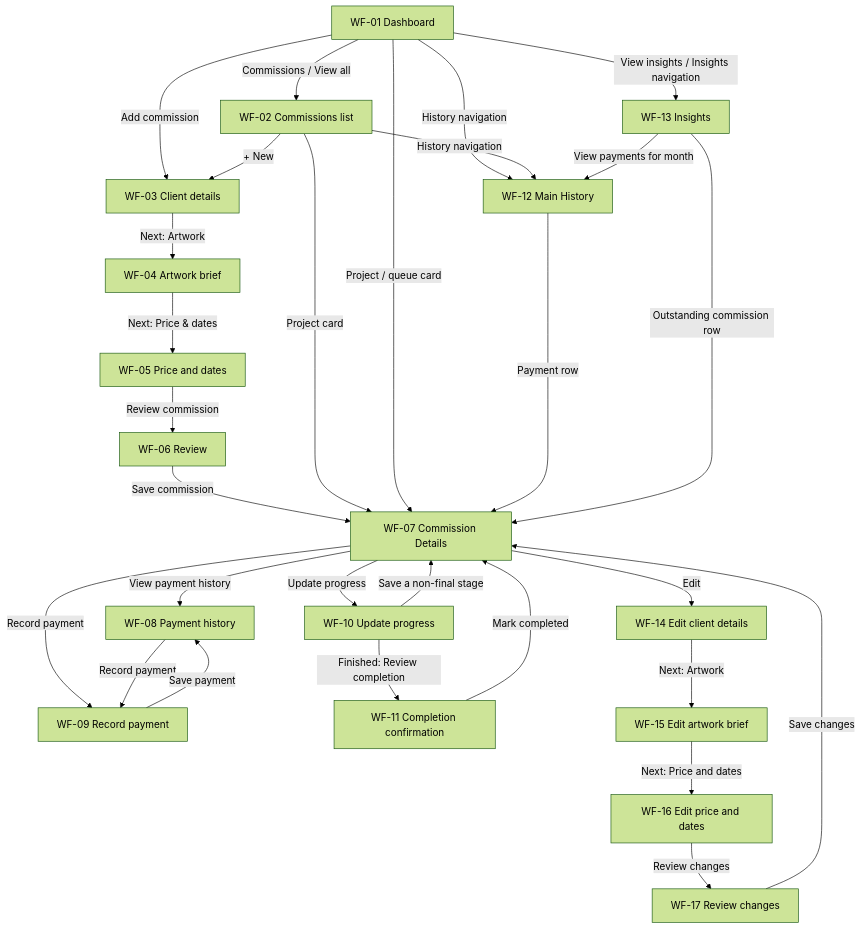
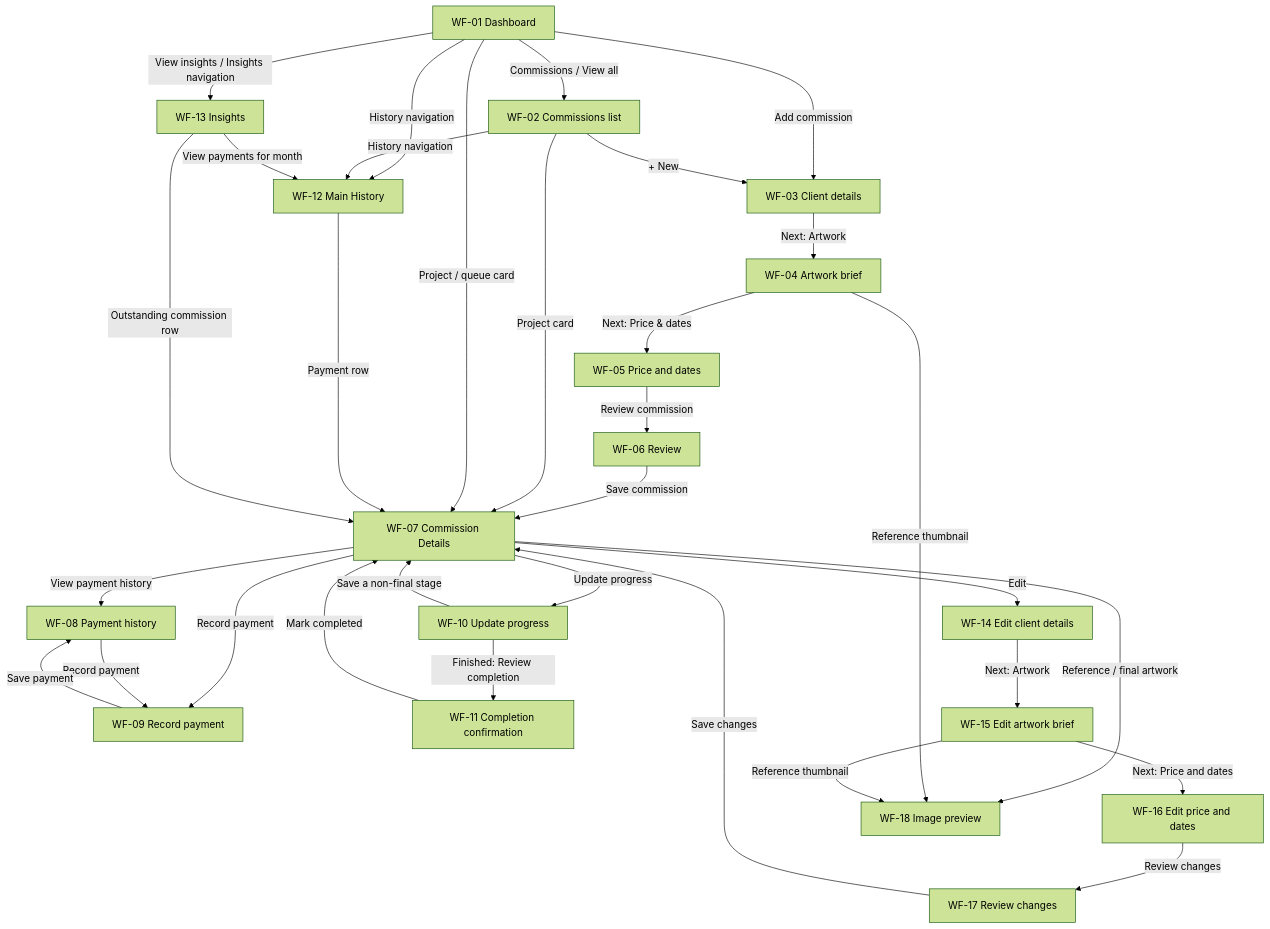
One commit to yezdenz/obra changed the diagram in layout.md. Above: the diagram before and after it, drawn with Mermaid (forest theme). The commit also changed other lines of this file and 11 other files, not shown here.

Commit message:
Draft full-size reference and final artwork viewer

````diff
--- a/layout.md
+++ b/layout.md
@@ -54,31 +56,34 @@
 ```mermaid
 flowchart TD
     Home[WF-01 Dashboard] -->|Commissions / View all| List[WF-02 Commissions list]
     Home -->|Add commission| Client[WF-03 Client details]
     List -->|+ New| Client
     Client -->|Next: Artwork| Artwork[WF-04 Artwork brief]
     Artwork -->|Next: Price & dates| Price[WF-05 Price and dates]
     Price -->|Review commission| Review[WF-06 Review]
     Review -->|Save commission| Detail[WF-07 Commission Details]
     List -->|Project card| Detail
     Home -->|Project / queue card| Detail
     Home -->|History navigation| History[WF-12 Main History]
     List -->|History navigation| History
     History -->|Payment row| Detail
     Home -->|View insights / Insights navigation| Insights[WF-13 Insights]
     Insights -->|View payments for month| History
     Insights -->|Outstanding commission row| Detail
     Detail -->|View payment history| Payments[WF-08 Payment history]
     Detail -->|Record payment| Entry[WF-09 Record payment]
     Payments -->|Record payment| Entry
     Entry -->|Save payment| Payments
     Detail -->|Update progress| Progress[WF-10 Update progress]
     Progress -->|Save a non-final stage| Detail
     Progress -->|Finished: Review completion| Finish[WF-11 Completion confirmation]
     Finish -->|Mark completed| Detail
     Detail -->|Edit| EditClient[WF-14 Edit client details]
     EditClient -->|Next: Artwork| EditArtwork[WF-15 Edit artwork brief]
     EditArtwork -->|Next: Price and dates| EditDates[WF-16 Edit price and dates]
     EditDates -->|Review changes| EditReview[WF-17 Review changes]
     EditReview -->|Save changes| Detail
+    Detail -->|Reference / final artwork| Viewer[WF-18 Image preview]
+    Artwork -->|Reference thumbnail| Viewer
+    EditArtwork -->|Reference thumbnail| Viewer
 ```
````
